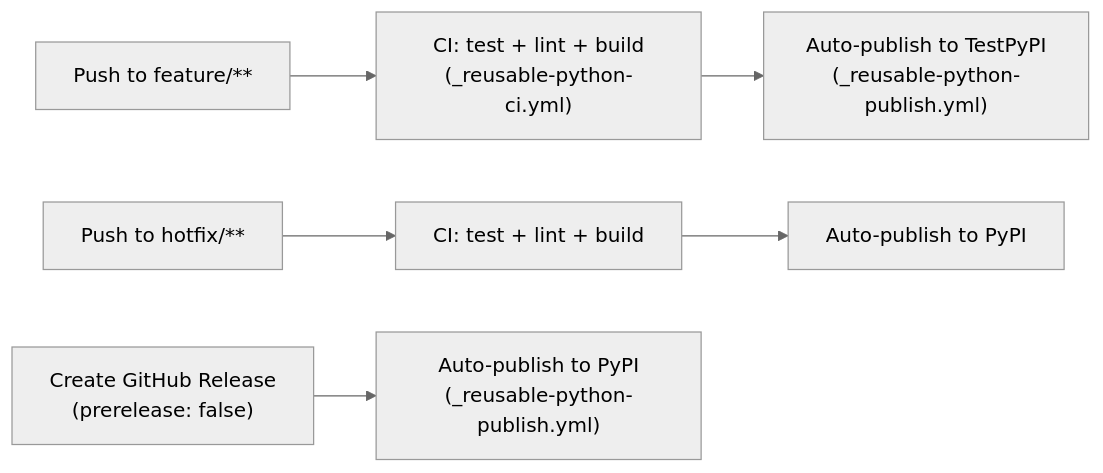
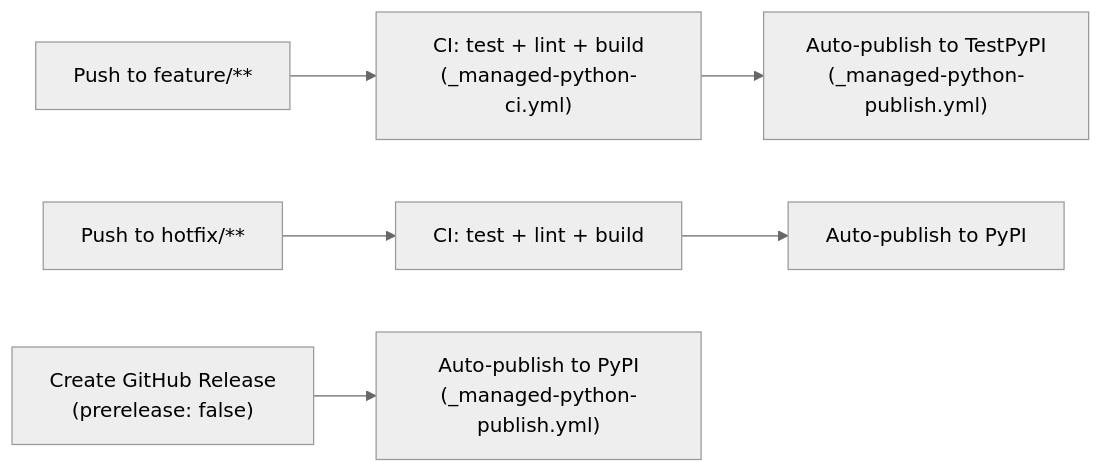
Before and after one commit to ITlusions/ITL.Github: the first of 3 diagrams in docs/workflows/README.md, drawn with Mermaid (neutral theme). The commit also changed other lines of this file and 62 other files, not shown here.

````diff
--- a/docs/workflows/README.md
+++ b/docs/workflows/README.md
@@ -36,6 +36,6 @@
 ```mermaid
 flowchart LR
-    A[Push to feature/**] --> B["CI: test + lint + build<br/>(_reusable-python-ci.yml)"] --> C["Auto-publish to TestPyPI<br/>(_reusable-python-publish.yml)"]
+    A[Push to feature/**] --> B["CI: test + lint + build<br/>(_managed-python-ci.yml)"] --> C["Auto-publish to TestPyPI<br/>(_managed-python-publish.yml)"]
     D[Push to hotfix/**] --> E["CI: test + lint + build"] --> F["Auto-publish to PyPI"]
-    G["Create GitHub Release<br/>(prerelease: false)"] --> H["Auto-publish to PyPI<br/>(_reusable-python-publish.yml)"]
+    G["Create GitHub Release<br/>(prerelease: false)"] --> H["Auto-publish to PyPI<br/>(_managed-python-publish.yml)"]
 ```
````
